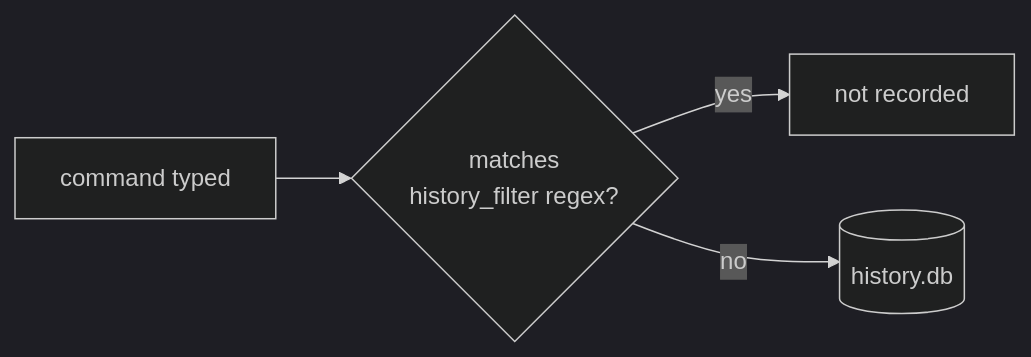
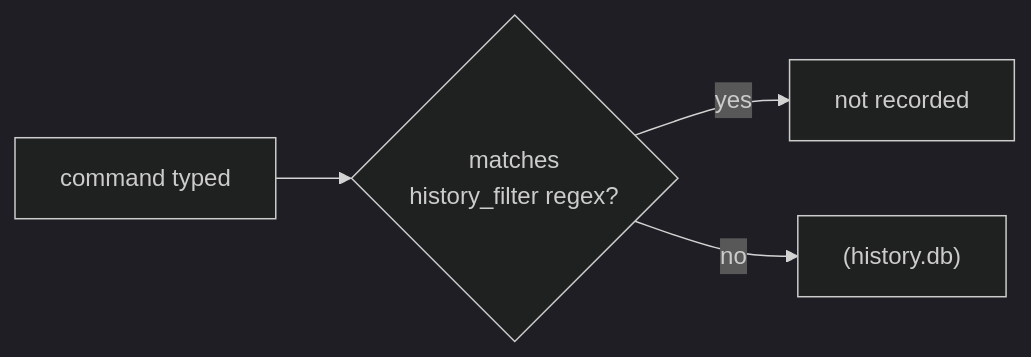
Before and after one commit to raxetul/dotfiles: the second of 2 diagrams in doc/atuin.md, drawn with Mermaid (dark theme). The commit also changed other lines of this file and 8 other files, not shown here.

First line of the commit message:
docs: fix mermaid rendering, drop project names, split an overloaded diagram

````diff
--- a/doc/atuin.md
+++ b/doc/atuin.md
@@ -106,6 +106,6 @@
 ```mermaid
 flowchart LR
-    CMD[command typed] --> F{matches\nhistory_filter regex?}
+    CMD[command typed] --> F{"matches<br/>history_filter regex?"}
     F -->|yes| DROP[not recorded]
-    F -->|no| DB[(history.db)]
+    F -->|no| DB["(history.db)"]
 ```
````
